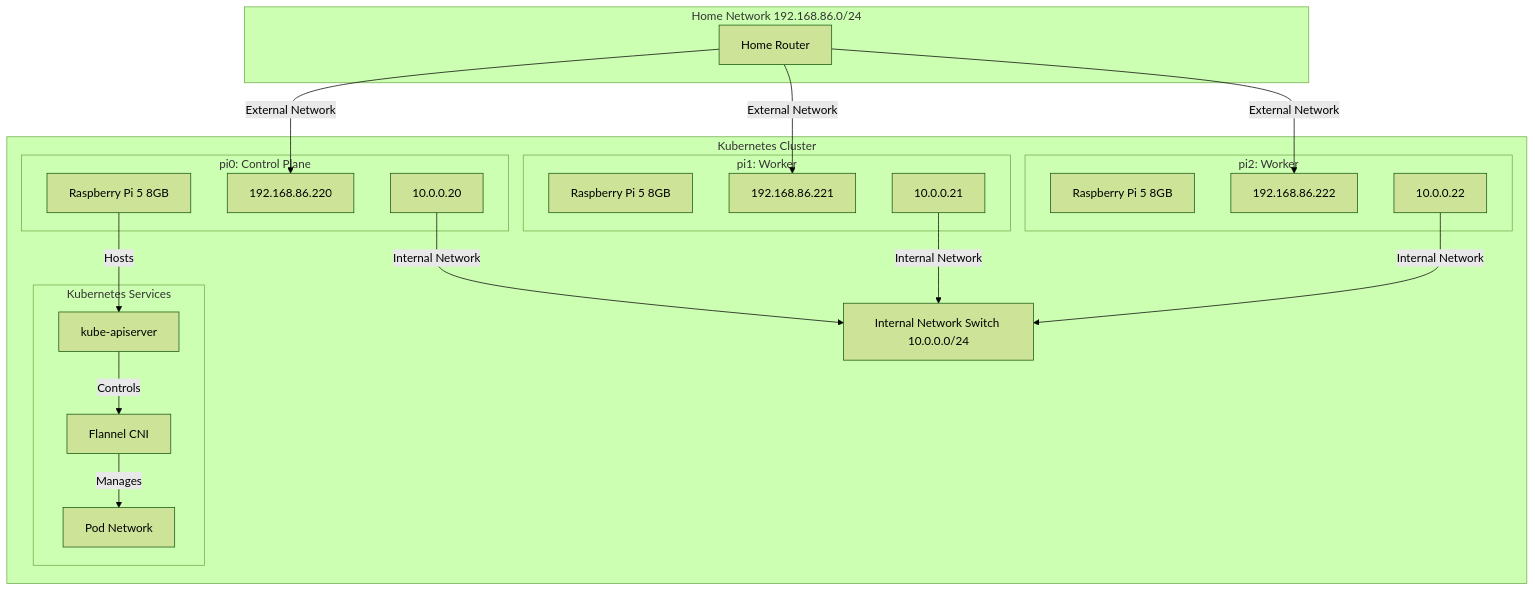
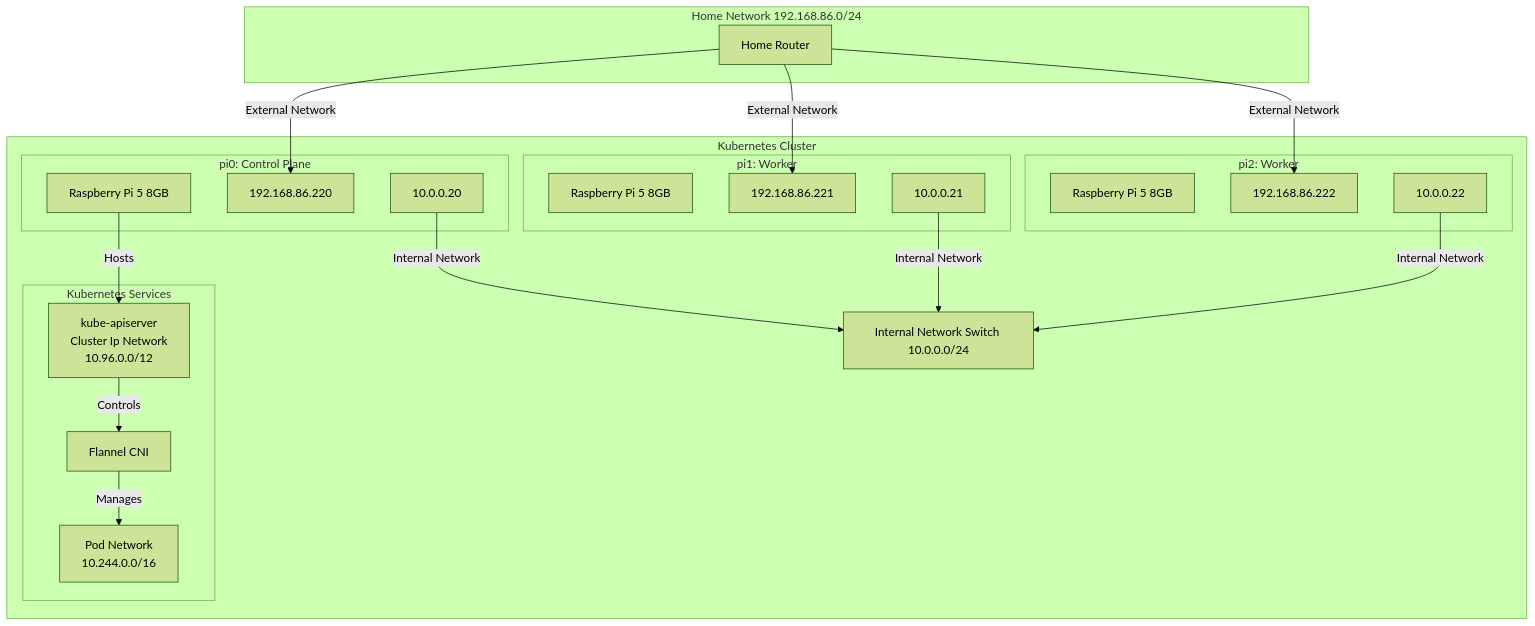
One commit to jangroth/homekube changed the diagram in README.md. Above: the diagram before and after it, drawn with Mermaid (forest theme). The commit also changed 7 other files, not shown here.

````diff
--- a/README.md
+++ b/README.md
@@ -40,46 +40,46 @@
 ```mermaid
 graph TD
     subgraph Home Network [Home Network 192.168.86.0/24]
         Router[Home Router]
     end
     
     subgraph Kubernetes Cluster
         subgraph Node1 [pi0: Control Plane]
             Pi0[Raspberry Pi 5 8GB]
             Pi0_ext[192.168.86.220]
             Pi0_int[10.0.0.20]
         end
         
         subgraph Node2 [pi1: Worker]
             Pi1[Raspberry Pi 5 8GB]
             Pi1_ext[192.168.86.221]
             Pi1_int[10.0.0.21]
         end
         
         subgraph Node3 [pi2: Worker]
             Pi2[Raspberry Pi 5 8GB]
             Pi2_ext[192.168.86.222]
             Pi2_int[10.0.0.22]
         end
         
         subgraph K8s Services [Kubernetes Services]
-            API[kube-apiserver]
+            API[kube-apiserver</br> Cluster Ip Network</br>10.96.0.0/12]
             CNI[Flannel CNI]
-            Pods[Pod Network]
+            Pods[Pod Network</br> 10.244.0.0/16]
         end
 
         InternalSwitch[Internal Network Switch 10.0.0.0/24]
     end
     
     Router -- External Network --> Pi0_ext
     Router -- External Network --> Pi1_ext
     Router -- External Network --> Pi2_ext
     
     Pi0_int -- Internal Network --> InternalSwitch
     Pi1_int -- Internal Network --> InternalSwitch
     Pi2_int -- Internal Network --> InternalSwitch
     
     Pi0 -- Hosts --> API
     API -- Controls --> CNI
     CNI -- Manages --> Pods
 ```
````
